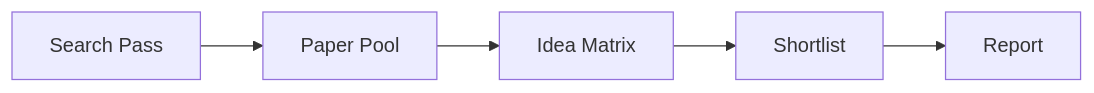
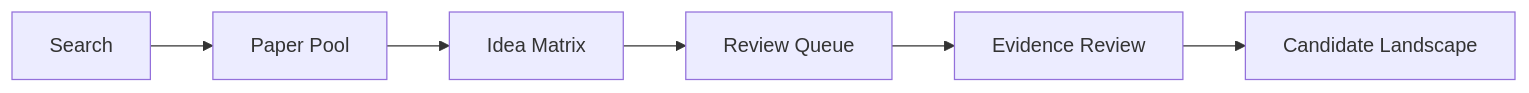
Before and after one commit to foryourhealth111-pixel/research-innovation-explorer: the diagram in assets/templates/analysis-report-template.md, drawn with Mermaid. The commit also changed other lines of this file and 12 other files, not shown here.

Commit message:
feat: add dynamic post-matrix candidate review

````diff
--- a/assets/templates/analysis-report-template.md
+++ b/assets/templates/analysis-report-template.md
@@ -9,7 +14,8 @@
 ```mermaid
 flowchart LR
-    A[Search Pass] --> B[Paper Pool]
+    A[Search] --> B[Paper Pool]
     B --> C[Idea Matrix]
-    C --> D[Shortlist]
-    D --> E[Report]
+    C --> D[Review Queue]
+    D --> E[Evidence Review]
+    E --> F[Candidate Landscape]
 ```
````
